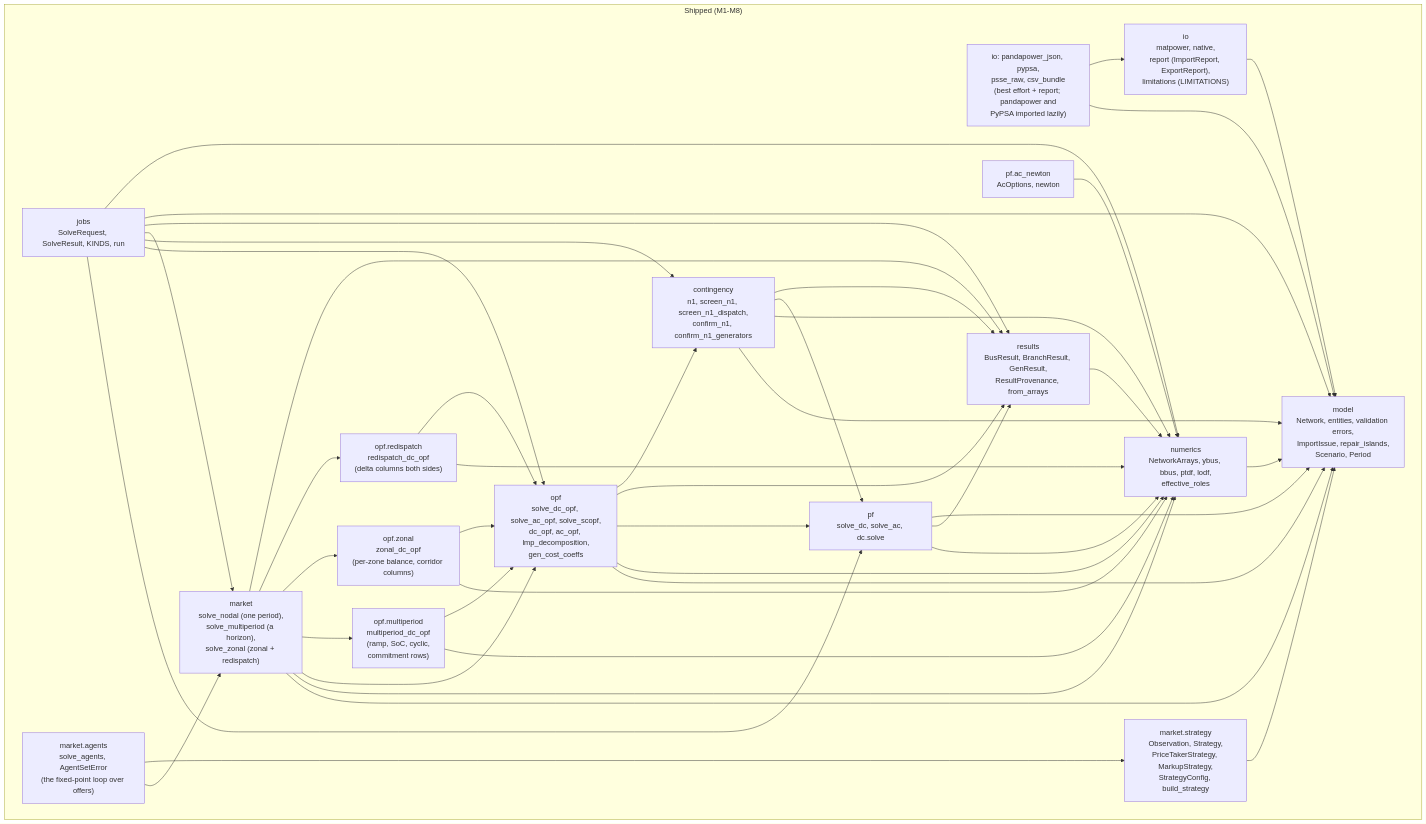
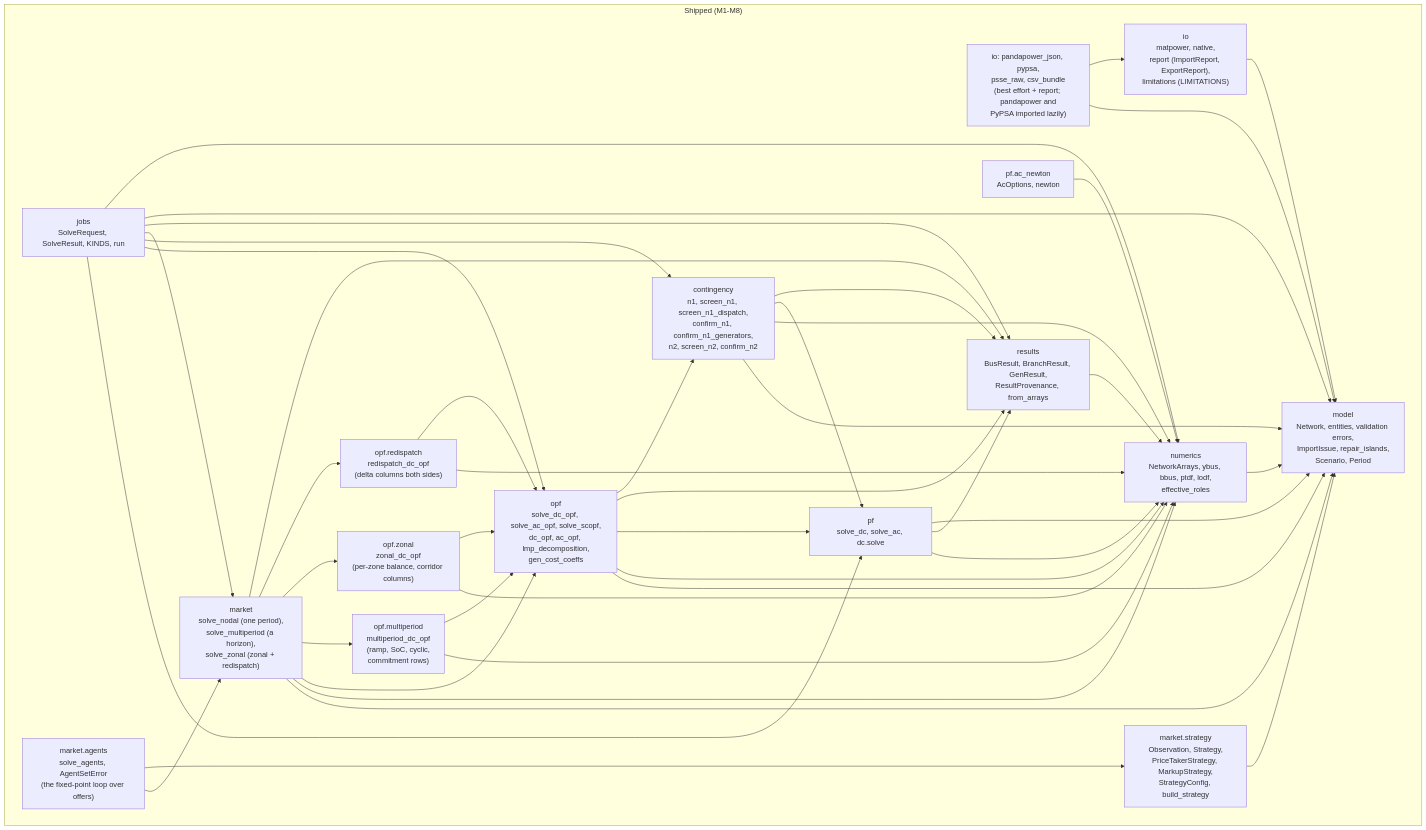
One commit to mambo10005/mambo-power changed the first of 2 diagrams in docs/design/architecture.md. Above: the diagram before and after it, drawn with Mermaid. The commit also changed other lines of this file and 14 other files, not shown here.

````diff
--- a/docs/design/architecture.md
+++ b/docs/design/architecture.md
@@ -13,63 +13,63 @@
 ```mermaid
 flowchart TB
     subgraph present["Shipped (M1-M8)"]
         model["model<br/>Network, entities, validation errors,<br/>ImportIssue, repair_islands,<br/>Scenario, Period"]
         io["io<br/>matpower, native,<br/>report (ImportReport, ExportReport),<br/>limitations (LIMITATIONS)"]
         formats["io: pandapower_json, pypsa,<br/>psse_raw, csv_bundle<br/>(best effort + report; pandapower and<br/>PyPSA imported lazily)"]
         numerics["numerics<br/>NetworkArrays, ybus, bbus, ptdf, lodf,<br/>effective_roles"]
         pf["pf<br/>solve_dc, solve_ac, dc.solve"]
         ac["pf.ac_newton<br/>AcOptions, newton"]
         opf["opf<br/>solve_dc_opf, solve_ac_opf, solve_scopf,<br/>dc_opf, ac_opf, lmp_decomposition,<br/>gen_cost_coeffs"]
         opfmp["opf.multiperiod<br/>multiperiod_dc_opf<br/>(ramp, SoC, cyclic,<br/>commitment rows)"]
         opfz["opf.zonal<br/>zonal_dc_opf<br/>(per-zone balance, corridor columns)"]
         opfrd["opf.redispatch<br/>redispatch_dc_opf<br/>(delta columns both sides)"]
-        contingency["contingency<br/>n1, screen_n1, screen_n1_dispatch,<br/>confirm_n1, confirm_n1_generators"]
+        contingency["contingency<br/>n1, screen_n1, screen_n1_dispatch,<br/>confirm_n1, confirm_n1_generators,<br/>n2, screen_n2, confirm_n2"]
         market["market<br/>solve_nodal (one period),<br/>solve_multiperiod (a horizon),<br/>solve_zonal (zonal + redispatch)"]
         marketstrategy["market.strategy<br/>Observation, Strategy,<br/>PriceTakerStrategy, MarkupStrategy,<br/>StrategyConfig, build_strategy"]
         marketagents["market.agents<br/>solve_agents, AgentSetError<br/>(the fixed-point loop over offers)"]
         results["results<br/>BusResult, BranchResult, GenResult,<br/>ResultProvenance, from_arrays"]
         jobs["jobs<br/>SolveRequest, SolveResult, KINDS, run"]
     end
 
     io --> model
     formats --> model
     formats --> io
     numerics --> model
     pf --> numerics
     pf --> results
     pf --> model
     results --> numerics
     ac --> numerics
     opf --> model
     opf --> numerics
     opf --> pf
     opf --> results
     opf --> contingency
     contingency --> model
     contingency --> numerics
     contingency --> pf
     contingency --> results
     market --> model
     market --> numerics
     market --> opf
     market --> opfmp
     market --> opfz
     market --> opfrd
     market --> results
     marketstrategy --> model
     opfmp --> numerics
     opfmp --> opf
     opfz --> numerics
     opfz --> opf
     opfrd --> numerics
     opfrd --> opf
     jobs --> pf
     jobs --> opf
     jobs --> contingency
     jobs --> market
     jobs --> results
     jobs --> model
     jobs --> numerics
     marketagents --> market
     marketagents --> marketstrategy
 ```
````
